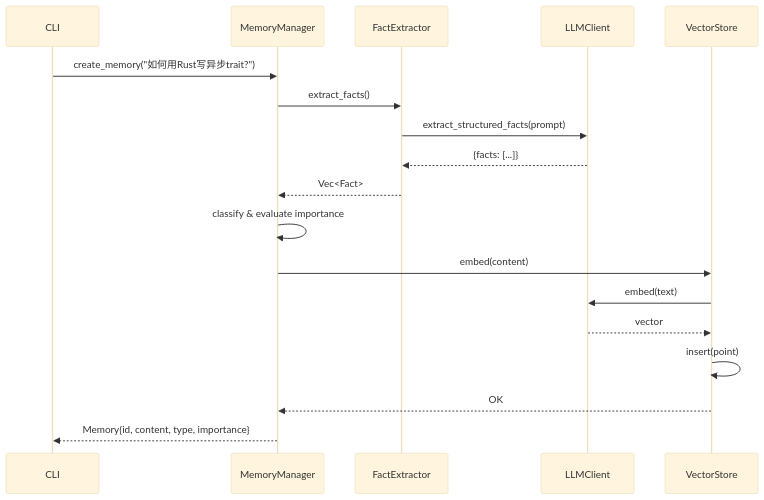
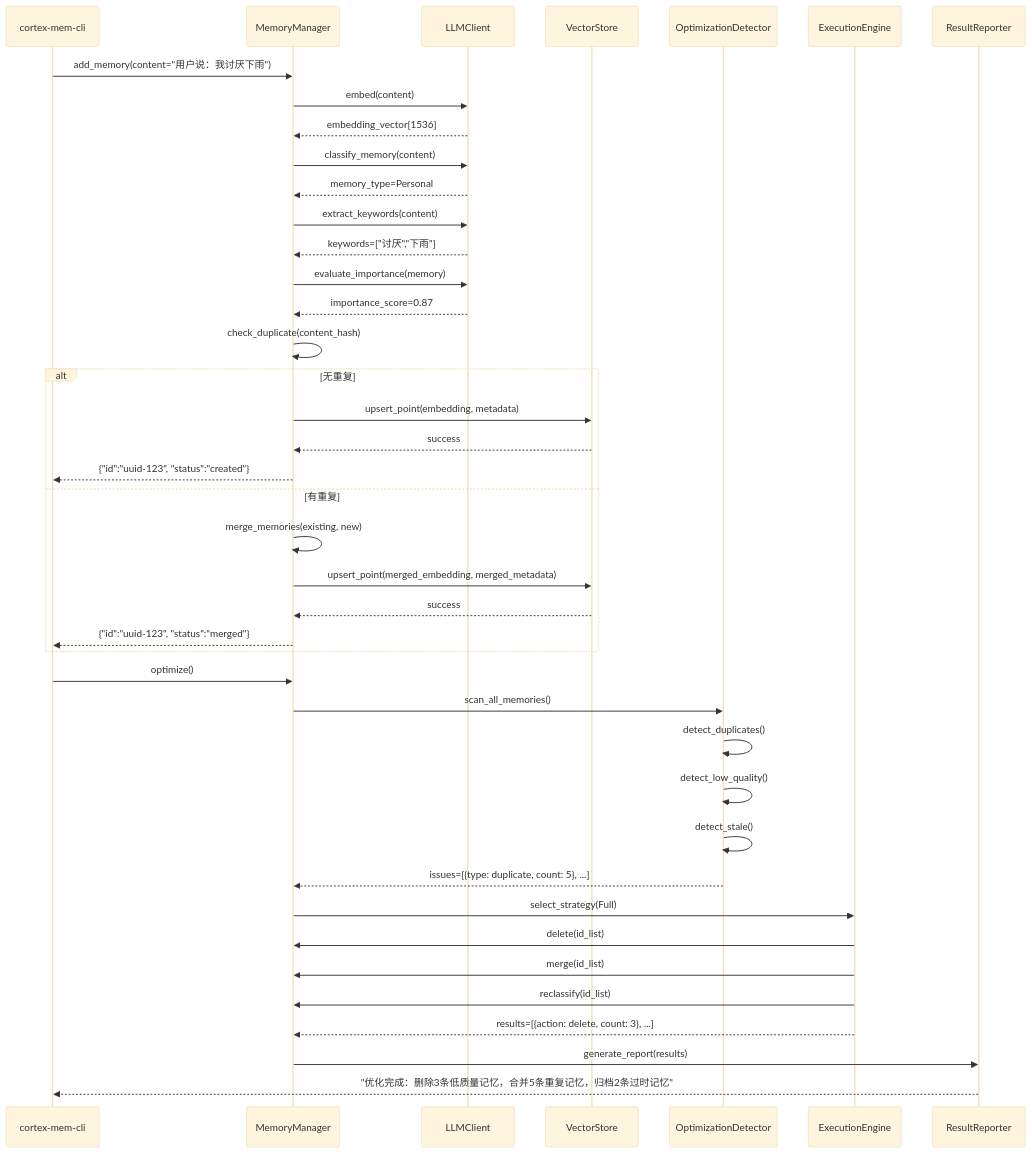
The fourth of 7 diagrams in litho.docs/2、架构概览.md (sopaco/cortex-mem), drawn with Mermaid (base theme) before and after one commit. The commit also changed other lines of this file and 18 other files, not shown here.

````diff
--- a/litho.docs/2、架构概览.md
+++ b/litho.docs/2、架构概览.md
@@ -308,21 +287,45 @@
 ```mermaid
 sequenceDiagram
-    participant CLI
+    participant CLI as cortex-mem-cli
     participant MM as MemoryManager
-    participant FE as FactExtractor
     participant LLM as LLMClient
-    participant VS as VectorStore
+    participant Q as VectorStore
+    participant OD as OptimizationDetector
+    participant EA as ExecutionEngine
+    participant RR as ResultReporter
 
-    CLI->>MM: create_memory("如何用Rust写异步trait?")
-    MM->>FE: extract_facts()
-    FE->>LLM: extract_structured_facts(prompt)
-    LLM-->>FE: {facts: [...]}
-    FE-->>MM: Vec<Fact>
-    MM->>MM: classify & evaluate importance
-    MM->>VS: embed(content)
-    VS->>LLM: embed(text)
-    LLM-->>VS: vector
-    VS->>VS: insert(point)
-    VS-->>MM: OK
-    MM-->>CLI: Memory{id, content, type, importance}
+    CLI->>MM: add_memory(content="用户说：我讨厌下雨")
+    MM->>LLM: embed(content)
+    LLM-->>MM: embedding_vector[1536]
+    MM->>LLM: classify_memory(content)
+    LLM-->>MM: memory_type=Personal
+    MM->>LLM: extract_keywords(content)
+    LLM-->>MM: keywords=["讨厌","下雨"]
+    MM->>LLM: evaluate_importance(memory)
+    LLM-->>MM: importance_score=0.87
+    MM->>MM: check_duplicate(content_hash)
+    alt 无重复
+        MM->>Q: upsert_point(embedding, metadata)
+        Q-->>MM: success
+        MM-->>CLI: {"id":"uuid-123", "status":"created"}
+    else 有重复
+        MM->>MM: merge_memories(existing, new)
+        MM->>Q: upsert_point(merged_embedding, merged_metadata)
+        Q-->>MM: success
+        MM-->>CLI: {"id":"uuid-123", "status":"merged"}
+    end
+
+    CLI->>MM: optimize()
+    MM->>OD: scan_all_memories()
+    OD->>OD: detect_duplicates()
+    OD->>OD: detect_low_quality()
+    OD->>OD: detect_stale()
+    OD-->>MM: issues=[{type: duplicate, count: 5}, ...]
+    MM->>EA: select_strategy(Full)
+    EA->>MM: delete(id_list)
+    EA->>MM: merge(id_list)
+    EA->>MM: reclassify(id_list)
+    EA-->>MM: results=[{action: delete, count: 3}, ...]
+    MM->>RR: generate_report(results)
+    RR-->>CLI: "优化完成：删除3条低质量记忆，合并5条重复记忆，归档2条过时记忆"
 ```
````
